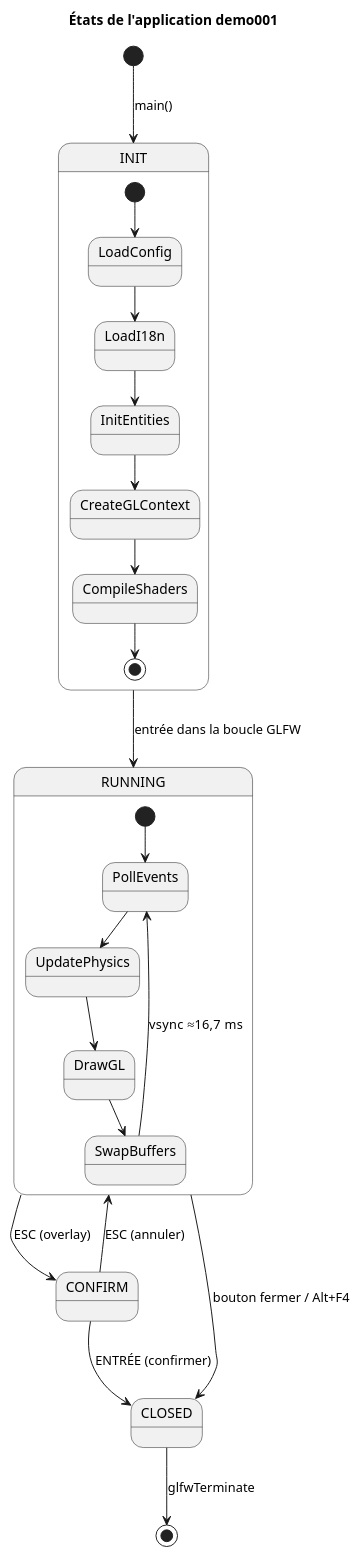
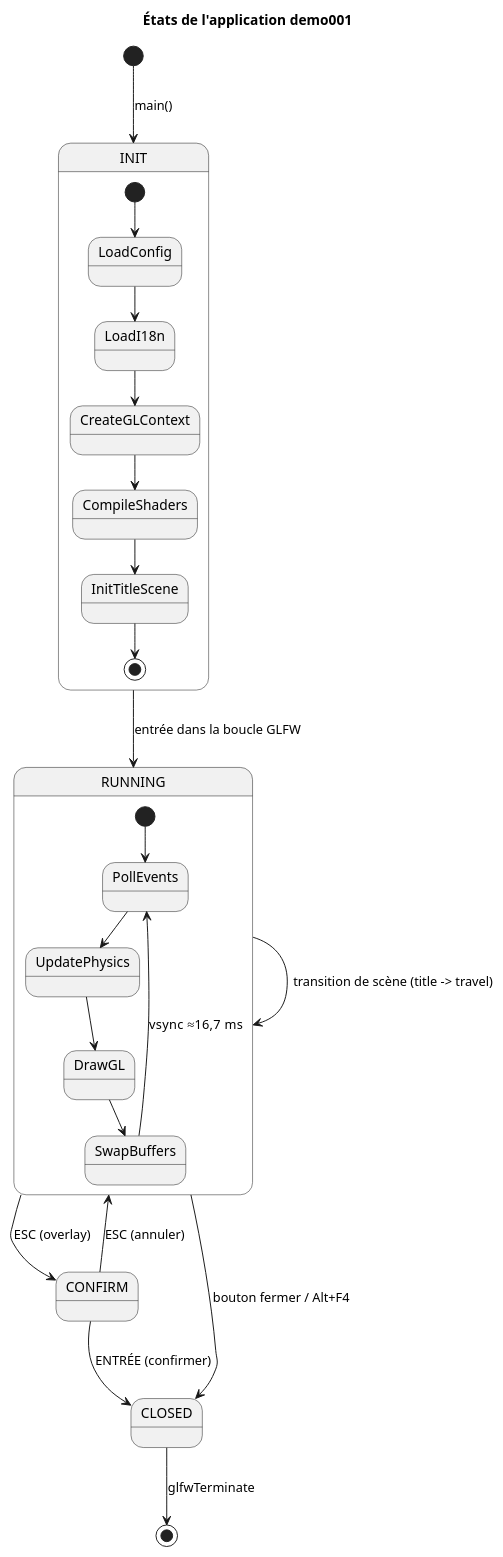
The second of 2 diagrams in src/docs/07-game-loop.md (mcgivrer/demo001-arm64), drawn with PlantUML before and after one commit. The commit also changed other lines of this file and 17 other files, not shown here.

First line of the commit message:
feat: Implement scene management with TitleScene and TravelScene

````diff
--- a/src/docs/07-game-loop.md
+++ b/src/docs/07-game-loop.md
@@ -54,33 +56,34 @@
 ```plantuml
 @startuml
 title États de l'application demo001
 
 [*] --> INIT : main()
 
 state INIT {
     [*] --> LoadConfig
     LoadConfig --> LoadI18n
-    LoadI18n --> InitEntities
-    InitEntities --> CreateGLContext
+    LoadI18n --> CreateGLContext
     CreateGLContext --> CompileShaders
-    CompileShaders --> [*]
+    CompileShaders --> InitTitleScene
+    InitTitleScene --> [*]
 }
 
 INIT --> RUNNING : entrée dans la boucle GLFW
 
 state RUNNING {
     [*] --> PollEvents
     PollEvents --> UpdatePhysics
     UpdatePhysics --> DrawGL
     DrawGL --> SwapBuffers
     SwapBuffers --> PollEvents : vsync ≈16,7 ms
 }
 
 RUNNING --> CONFIRM : ESC (overlay)
+RUNNING --> RUNNING : transition de scène (title -> travel)
 CONFIRM --> RUNNING : ESC (annuler)
 CONFIRM --> CLOSED : ENTRÉE (confirmer)
 RUNNING --> CLOSED : bouton fermer / Alt+F4
 
 CLOSED --> [*] : glfwTerminate
 @enduml
 ```
````
